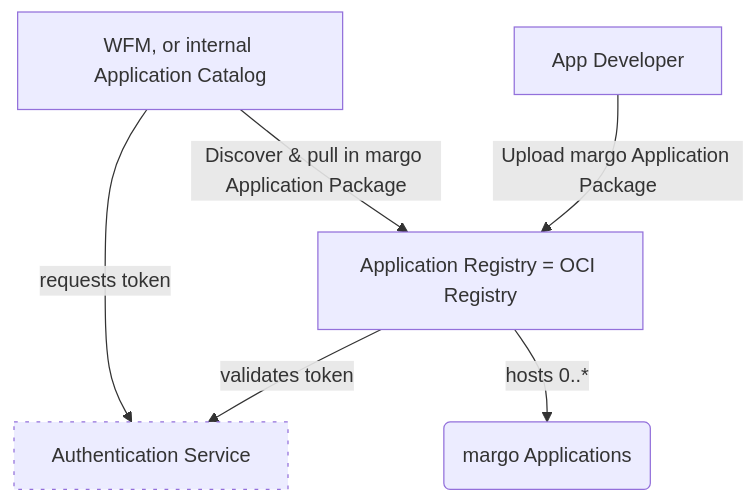
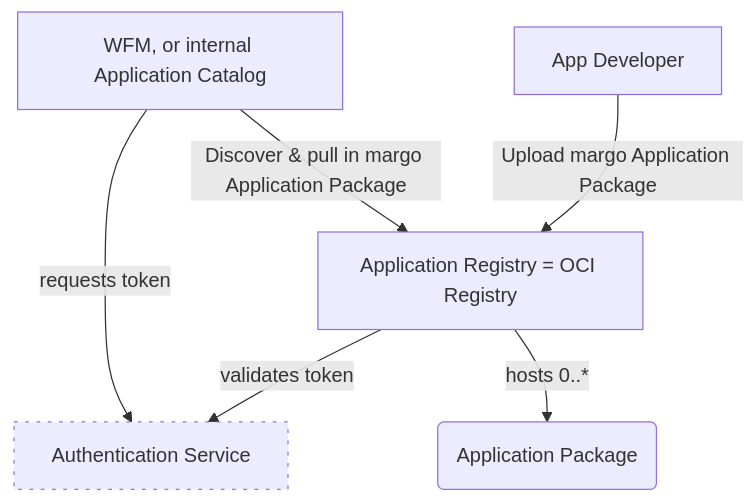
One commit to jjaswanson4/specification-enhancements changed the second of 3 diagrams in submitted/sup_app_registry_as_oci.md. Above: the diagram before and after it, drawn with Mermaid. The commit also changed other lines of this file, not shown here.

````diff
--- a/submitted/sup_app_registry_as_oci.md
+++ b/submitted/sup_app_registry_as_oci.md
@@ -73,9 +73,9 @@
 ```mermaid
 flowchart
     A[App Developer] -->|Upload margo Application Package| B[Application Registry = OCI Registry]
     C[WFM, or internal Application Catalog] -->|Discover & pull in margo Application Package| B
     B -->|validates token| D[Authentication Service] 
-    B -->|hosts 0..*| E(margo Applications) 
+    B -->|hosts 0..*| E(Application Package) 
     C -->|requests token| D
     style D stroke-dasharray: 3 6
 ```
````
